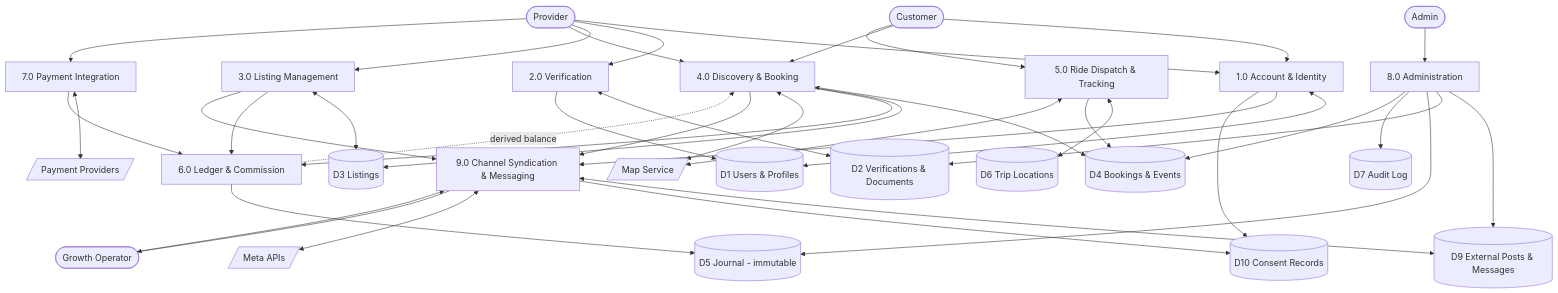
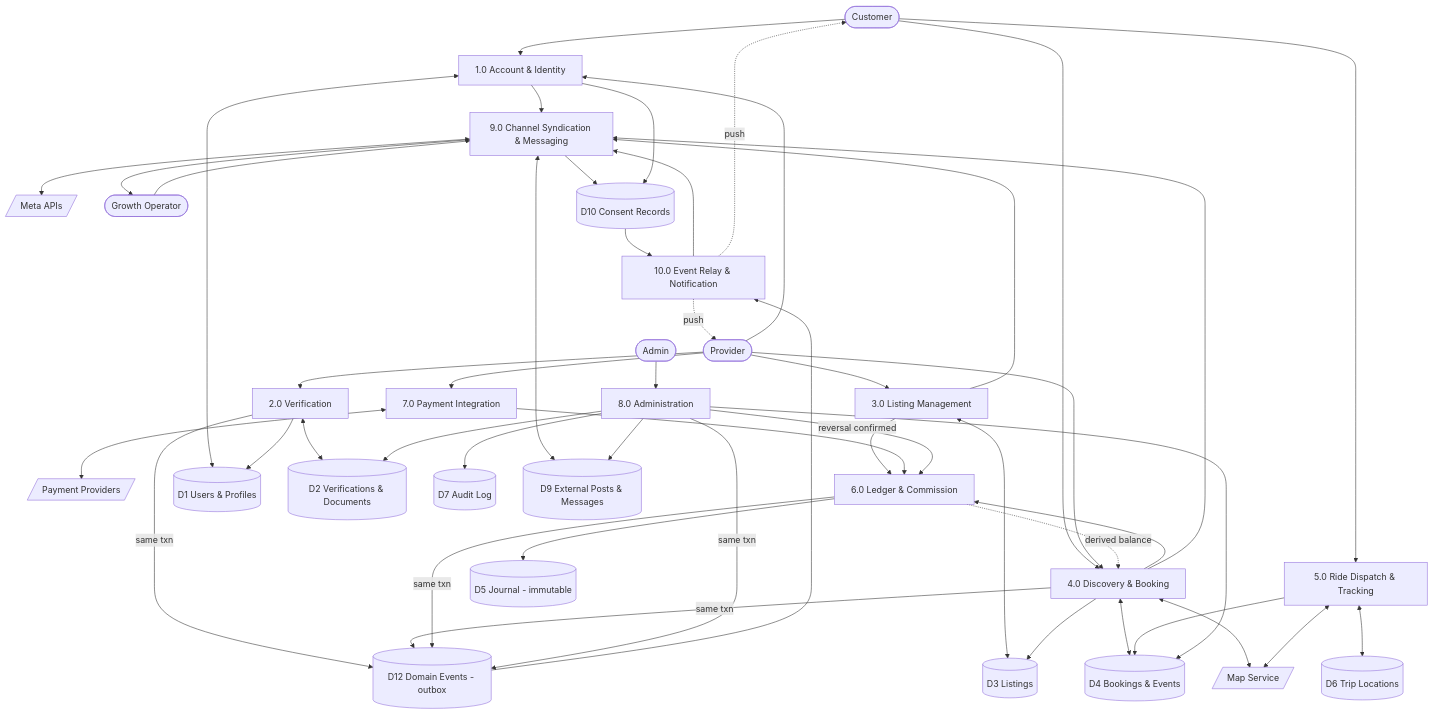
Before and after one commit to elmo365/ipelegeng: the second of 4 diagrams in docs/dfd.md, drawn with Mermaid. The commit also changed other lines of this file and 92 other files, not shown here.

````diff
--- a/docs/dfd.md
+++ b/docs/dfd.md
@@ -69,6 +96,7 @@
     P7[7.0 Payment Integration]
     P8[8.0 Administration]
     P9[9.0 Channel Syndication & Messaging]
+    P10[10.0 Event Relay & Notification]
 
     D1[(D1 Users & Profiles)]
     D2[(D2 Verifications & Documents)]
@@ -79,6 +107,7 @@
     D7[(D7 Audit Log)]
     D9[(D9 External Posts & Messages)]
     D10[(D10 Consent Records)]
+    D12[(D12 Domain Events - outbox)]
 
     C --> P1
     P --> P1
@@ -124,7 +153,17 @@
 
     A --> P8
     P8 --> D2
-    P8 --> D5
+    P8 -->|reversal confirmed| P6
     P8 --> D7
     P8 --> D4
+
+    P2 -->|same txn| D12
+    P4 -->|same txn| D12
+    P6 -->|same txn| D12
+    P8 -->|same txn| D12
+    D12 --> P10
+    D10 --> P10
+    P10 --> P9
+    P10 -.->|push| C
+    P10 -.->|push| P
 ```
````
